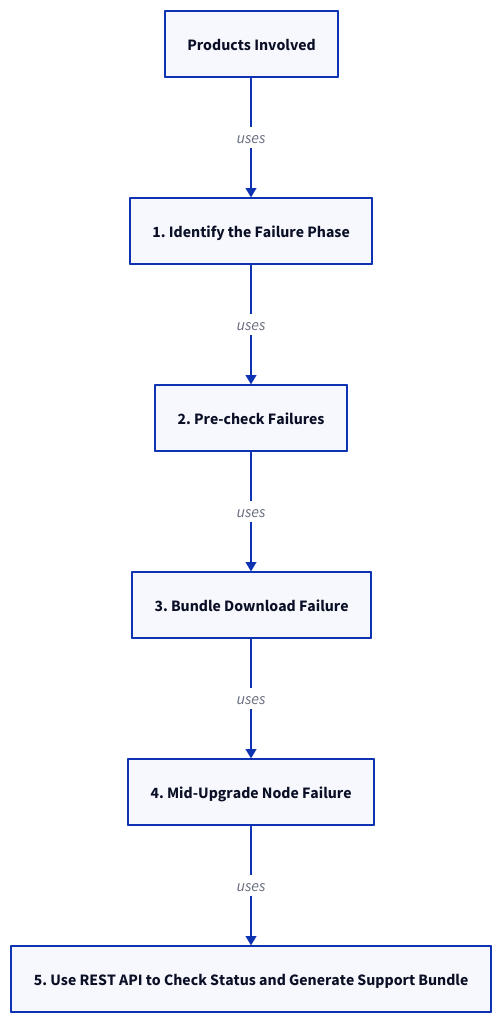
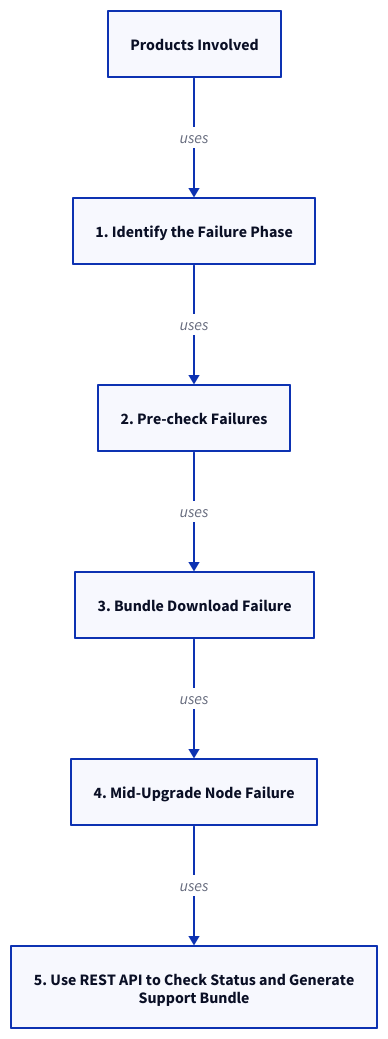
Before and after one commit to canast01/chris-kb: the diagram in docs/virtualization/vmware/topics/scenarios/vxrail-lcm-upgrade-failure.md, drawn with D2. The commit also changed other lines of this file and 192 other files, not shown here.

````diff
--- a/docs/virtualization/vmware/topics/scenarios/vxrail-lcm-upgrade-failure.md
+++ b/docs/virtualization/vmware/topics/scenarios/vxrail-lcm-upgrade-failure.md
@@ -18,16 +18,16 @@
 ```d2
 direction: down
 
 products_involved: "Products Involved" {shape: rectangle}
 1_identify_the_failure_phase: "1. Identify the Failure Phase" {shape: rectangle}
 2_precheck_failures: "2. Pre-check Failures" {shape: rectangle}
 3_bundle_download_failure: "3. Bundle Download Failure" {shape: rectangle}
 4_midupgrade_node_failure: "4. Mid-Upgrade Node Failure" {shape: rectangle}
-5_use_rest_api_to_check_status_and_g: "5. Use REST API to Check Status and Generate Support Bundle" {shape: rectangle}
+5_use_rest_api_to_check_status_and_g: "5. Use REST API to Check Status and Generate\nSupport Bundle" {shape: rectangle}
 
 products_involved -> 1_identify_the_failure_phase: uses
 1_identify_the_failure_phase -> 2_precheck_failures: uses
 2_precheck_failures -> 3_bundle_download_failure: uses
 3_bundle_download_failure -> 4_midupgrade_node_failure: uses
 4_midupgrade_node_failure -> 5_use_rest_api_to_check_status_and_g: uses
 ```
````
